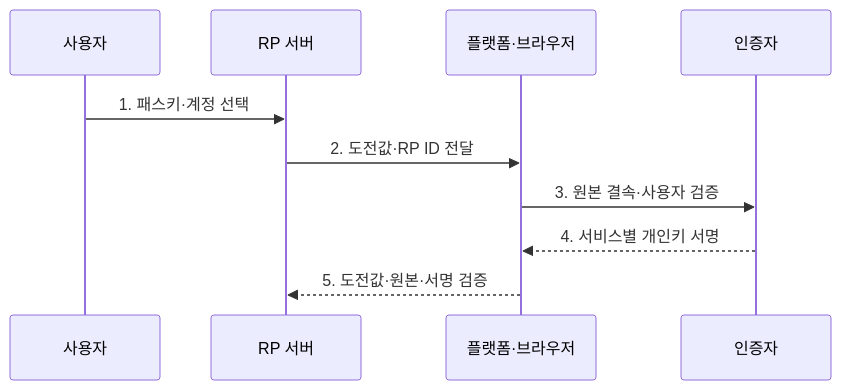
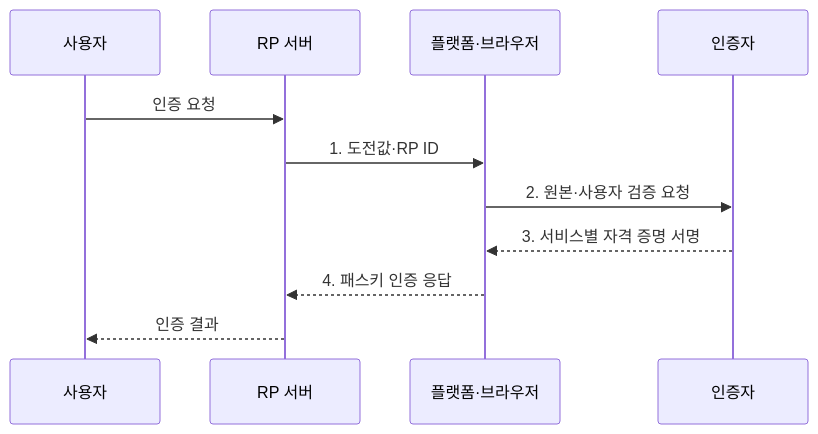
Before and after one commit to agnusdei1207/knowledge-base: the second of 2 diagrams in src/content/docs/notes/05-security/056_passkey.md, drawn with Mermaid. The commit also changed other lines of this file and 20 other files, not shown here.

````diff
--- a/src/content/docs/notes/05-security/056_passkey.md
+++ b/src/content/docs/notes/05-security/056_passkey.md
@@ -90,12 +90,13 @@
 ```mermaid
 sequenceDiagram
     participant U as 사용자
     participant R as RP 서버
     participant P as 플랫폼·브라우저
     participant A as 인증자
-    U->>R: 1. 패스키·계정 선택
-    R->>P: 2. 도전값·RP ID 전달
-    P->>A: 3. 원본 결속·사용자 검증
-    A-->>P: 4. 서비스별 개인키 서명
-    P-->>R: 5. 도전값·원본·서명 검증
+    U->>R: 인증 요청
+    R->>P: 1. 도전값·RP ID
+    P->>A: 2. 원본·사용자 검증 요청
+    A-->>P: 3. 서비스별 자격 증명 서명
+    P-->>R: 4. 패스키 인증 응답
+    R-->>U: 인증 결과
 ```
````
